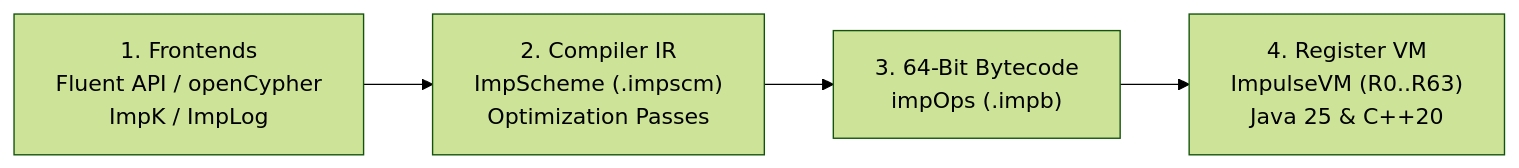
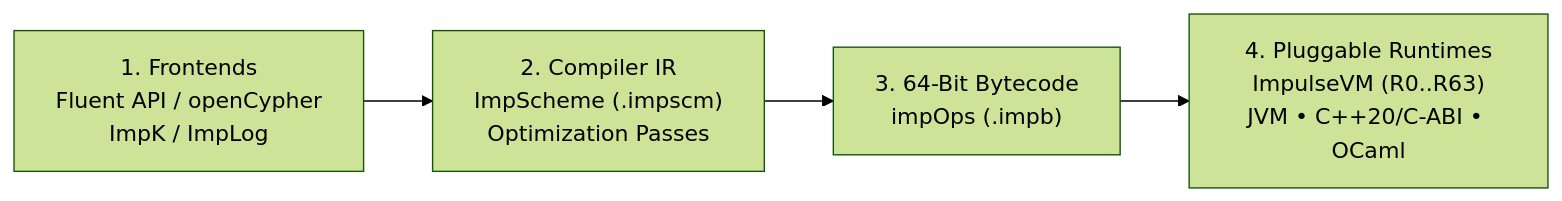
One commit to impulse-graph/impulse-website changed the diagram in docs/concepts/why-impulse.md. Above: the diagram before and after it, drawn with Mermaid (forest theme). The commit also changed other lines of this file and 38 other files, not shown here.

````diff
--- a/docs/concepts/why-impulse.md
+++ b/docs/concepts/why-impulse.md
@@ -40,6 +40,6 @@
 ```mermaid
 flowchart LR
     FE["1. Frontends\nFluent API / openCypher\nImpK / ImpLog"] --> IR["2. Compiler IR\nImpScheme (.impscm)\nOptimization Passes"]
     IR --> OPS["3. 64-Bit Bytecode\nimpOps (.impb)"]
-    OPS --> VM["4. Register VM\nImpulseVM (R0..R63)\nJava 25 & C++20"]
+    OPS --> VM["4. Pluggable Runtimes\nImpulseVM (R0..R63)\nJVM • C++20/C-ABI • OCaml"]
 ```
````
